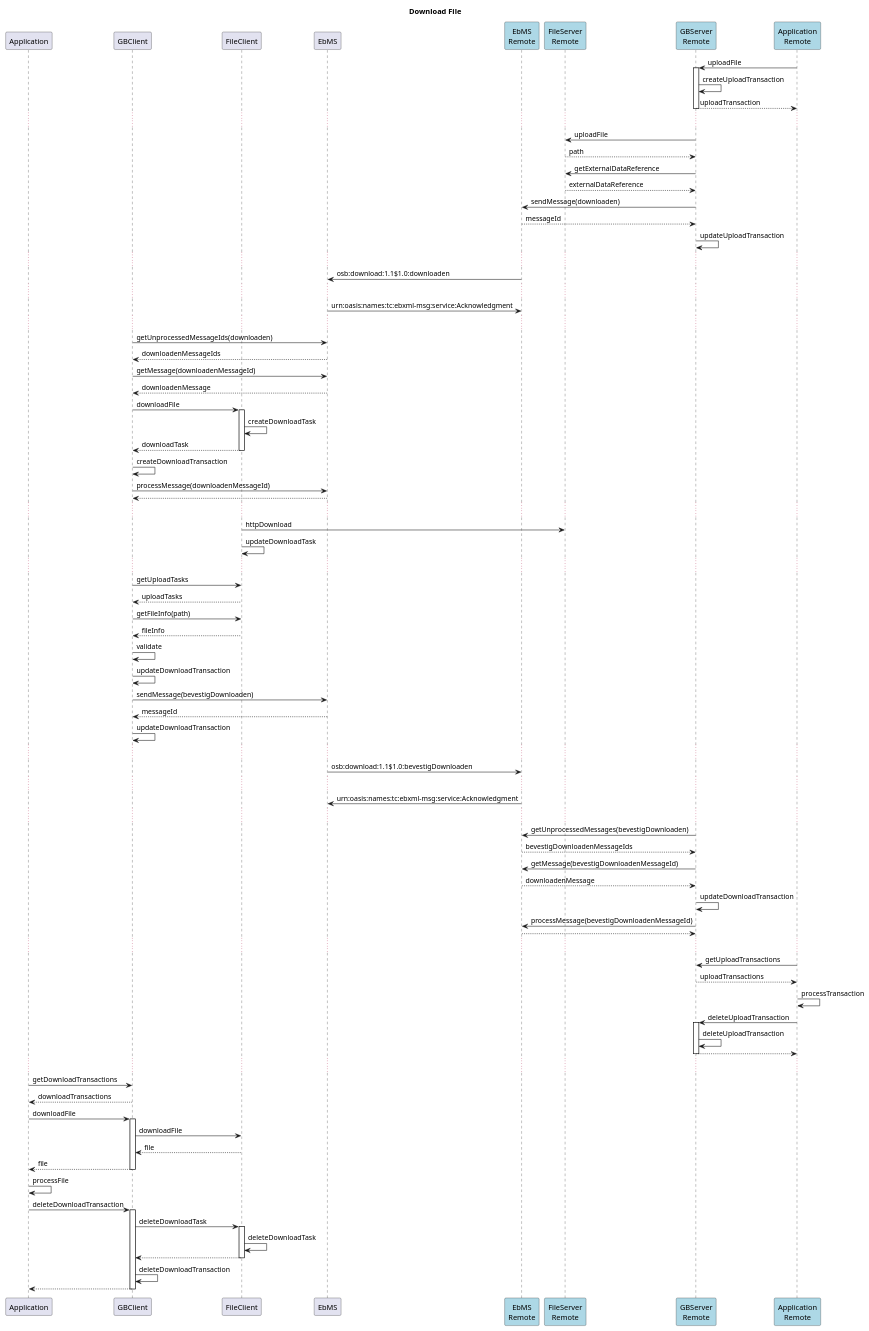
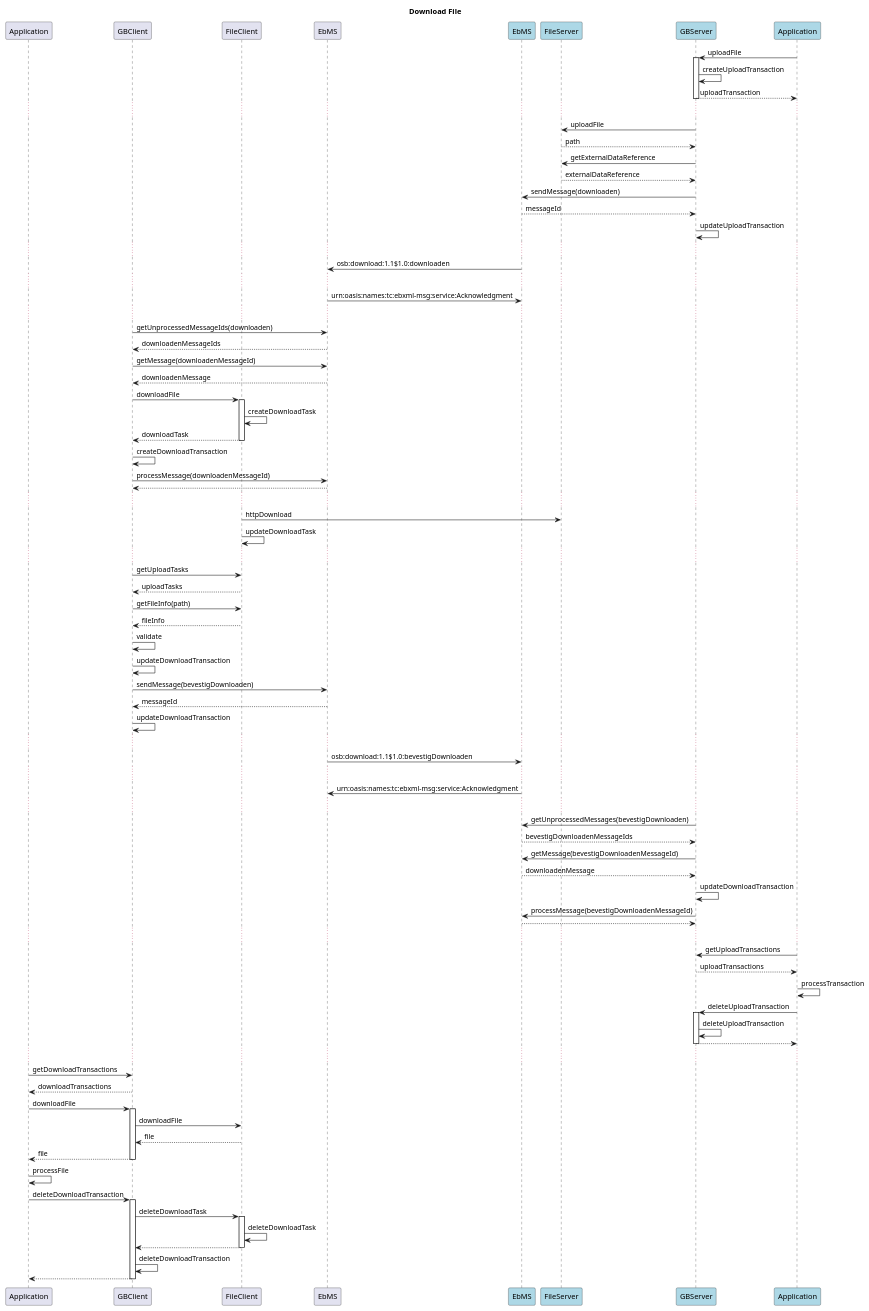
Before and after one commit to eluinstra/gb-server: the diagram in resources/docu/DownloadFile Sequence Diagram.plantuml, drawn with PlantUML. The commit also changed 9 other files, not shown here.

```diff
--- a/resources/docu/DownloadFile Sequence Diagram.plantuml
+++ b/resources/docu/DownloadFile Sequence Diagram.plantuml
@@ -1,98 +1,98 @@
 @startuml
 title Download File
 
 participant Application
 participant GBClient
 participant FileClient
 participant EbMS
-participant "EbMS\nRemote" as EbMS_R #lightblue
-participant "FileServer\nRemote" as FileServer #lightblue
-participant "GBServer\nRemote" as GBServer #lightblue
-participant "Application\nRemote" as Application_R #lightblue
+participant "EbMS" as EbMS_R #lightblue
+participant "FileServer" as FileServer #lightblue
+participant "GBServer" as GBServer #lightblue
+participant "Application" as Application_R #lightblue
 
 Application_R -> GBServer: uploadFile
 activate GBServer
 GBServer -> GBServer: createUploadTransaction
 GBServer --> Application_R: uploadTransaction
 deactivate GBServer
 ...
 GBServer -> FileServer: uploadFile
 FileServer --> GBServer: path
 GBServer -> FileServer: getExternalDataReference
 FileServer --> GBServer: externalDataReference
 GBServer -> EbMS_R: sendMessage(downloaden)
 EbMS_R --> GBServer: messageId
 GBServer -> GBServer: updateUploadTransaction
 ...
 EbMS_R -> EbMS: osb:download:1.1$1.0:downloaden
 ...
 EbMS -> EbMS_R: urn:oasis:names:tc:ebxml-msg:service:Acknowledgment
 ...
 GBClient -> EbMS: getUnprocessedMessageIds(downloaden)
 EbMS --> GBClient: downloadenMessageIds
 GBClient -> EbMS: getMessage(downloadenMessageId)
 EbMS --> GBClient: downloadenMessage
 GBClient -> FileClient: downloadFile
 activate FileClient
 FileClient -> FileClient: createDownloadTask
 FileClient --> GBClient: downloadTask
 deactivate FileClient
 GBClient -> GBClient: createDownloadTransaction
 GBClient -> EbMS: processMessage(downloadenMessageId)
 EbMS --> GBClient
 ...
 FileClient -> FileServer: httpDownload
 FileClient -> FileClient: updateDownloadTask
 ...
 GBClient -> FileClient: getUploadTasks
 FileClient --> GBClient: uploadTasks
 GBClient -> FileClient: getFileInfo(path)
 FileClient --> GBClient: fileInfo
 GBClient -> GBClient: validate
 GBClient -> GBClient: updateDownloadTransaction
 GBClient -> EbMS: sendMessage(bevestigDownloaden)
 EbMS --> GBClient: messageId
 GBClient -> GBClient: updateDownloadTransaction
 ...
 EbMS -> EbMS_R: osb:download:1.1$1.0:bevestigDownloaden
 ...
 EbMS_R -> EbMS: urn:oasis:names:tc:ebxml-msg:service:Acknowledgment
 ...
 GBServer -> EbMS_R: getUnprocessedMessages(bevestigDownloaden)
 EbMS_R --> GBServer: bevestigDownloadenMessageIds
 GBServer -> EbMS_R: getMessage(bevestigDownloadenMessageId)
 EbMS_R --> GBServer: downloadenMessage
 GBServer -> GBServer: updateDownloadTransaction
 GBServer -> EbMS_R: processMessage(bevestigDownloadenMessageId)
 EbMS_R --> GBServer
 ...
 Application_R -> GBServer: getUploadTransactions
 GBServer --> Application_R: uploadTransactions
 Application_R -> Application_R: processTransaction
 Application_R -> GBServer: deleteUploadTransaction
 activate GBServer
 GBServer -> GBServer: deleteUploadTransaction
 GBServer --> Application_R
 deactivate GBServer
 ...
 Application -> GBClient: getDownloadTransactions
 GBClient --> Application: downloadTransactions
 Application -> GBClient: downloadFile
 activate GBClient
 GBClient -> FileClient: downloadFile
 FileClient --> GBClient: file
 GBClient --> Application: file
 deactivate GBClient
 Application -> Application: processFile
 Application -> GBClient: deleteDownloadTransaction
 activate GBClient
 GBClient -> FileClient: deleteDownloadTask
 activate FileClient
 FileClient -> FileClient: deleteDownloadTask
 FileClient --> GBClient
 deactivate FileClient
 GBClient -> GBClient: deleteDownloadTransaction
 GBClient --> Application
 deactivate GBClient
 
 @enduml
```
